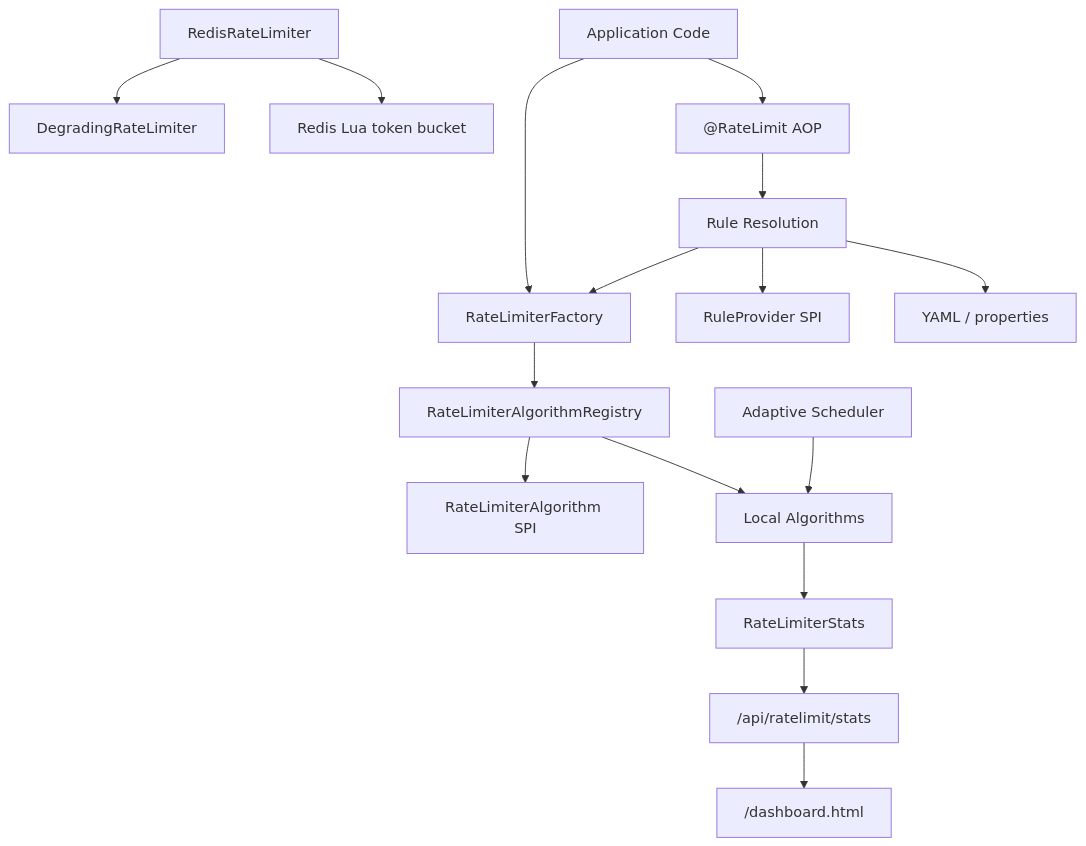
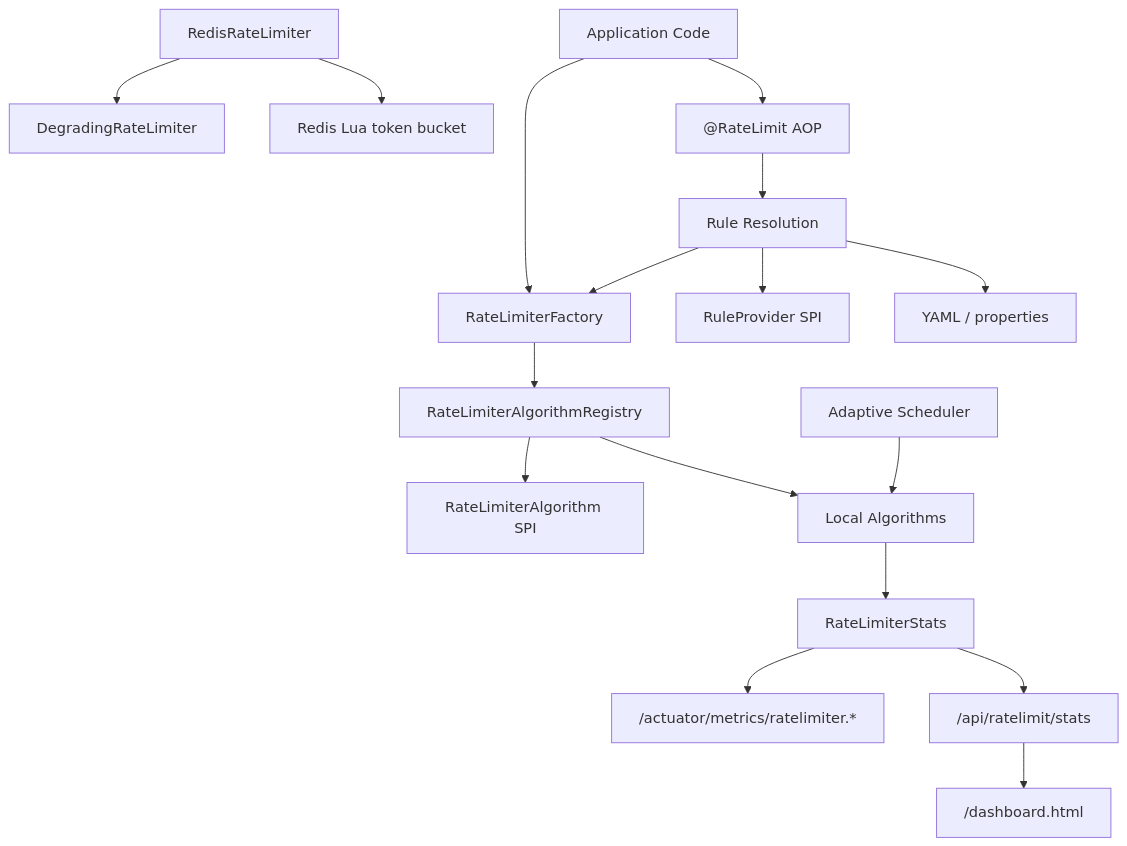
One commit to cesuogaoshou/Distributed-RateLimiter changed the diagram in README.md. Above: the diagram before and after it, drawn with Mermaid. The commit also changed other lines of this file and 11 other files, not shown here.

Commit message:
feat: add actuator metrics and resume docs

````diff
--- a/README.md
+++ b/README.md
@@ -85,18 +95,19 @@
 ```mermaid
 flowchart TB
     app["Application Code"] --> aop["@RateLimit AOP"]
     app --> factory["RateLimiterFactory"]
     aop --> rules["Rule Resolution"]
     rules --> yaml["YAML / properties"]
     rules --> ruleSpi["RuleProvider SPI"]
     rules --> factory
     factory --> registry["RateLimiterAlgorithmRegistry"]
     registry --> local["Local Algorithms"]
     registry --> algoSpi["RateLimiterAlgorithm SPI"]
     local --> stats["RateLimiterStats"]
     redis["RedisRateLimiter"] --> lua["Redis Lua token bucket"]
     redis --> fallback["DegradingRateLimiter"]
     adaptive["Adaptive Scheduler"] --> local
     stats --> metrics["/api/ratelimit/stats"]
+    stats --> actuator["/actuator/metrics/ratelimiter.*"]
     metrics --> dashboard["/dashboard.html"]
 ```
````
